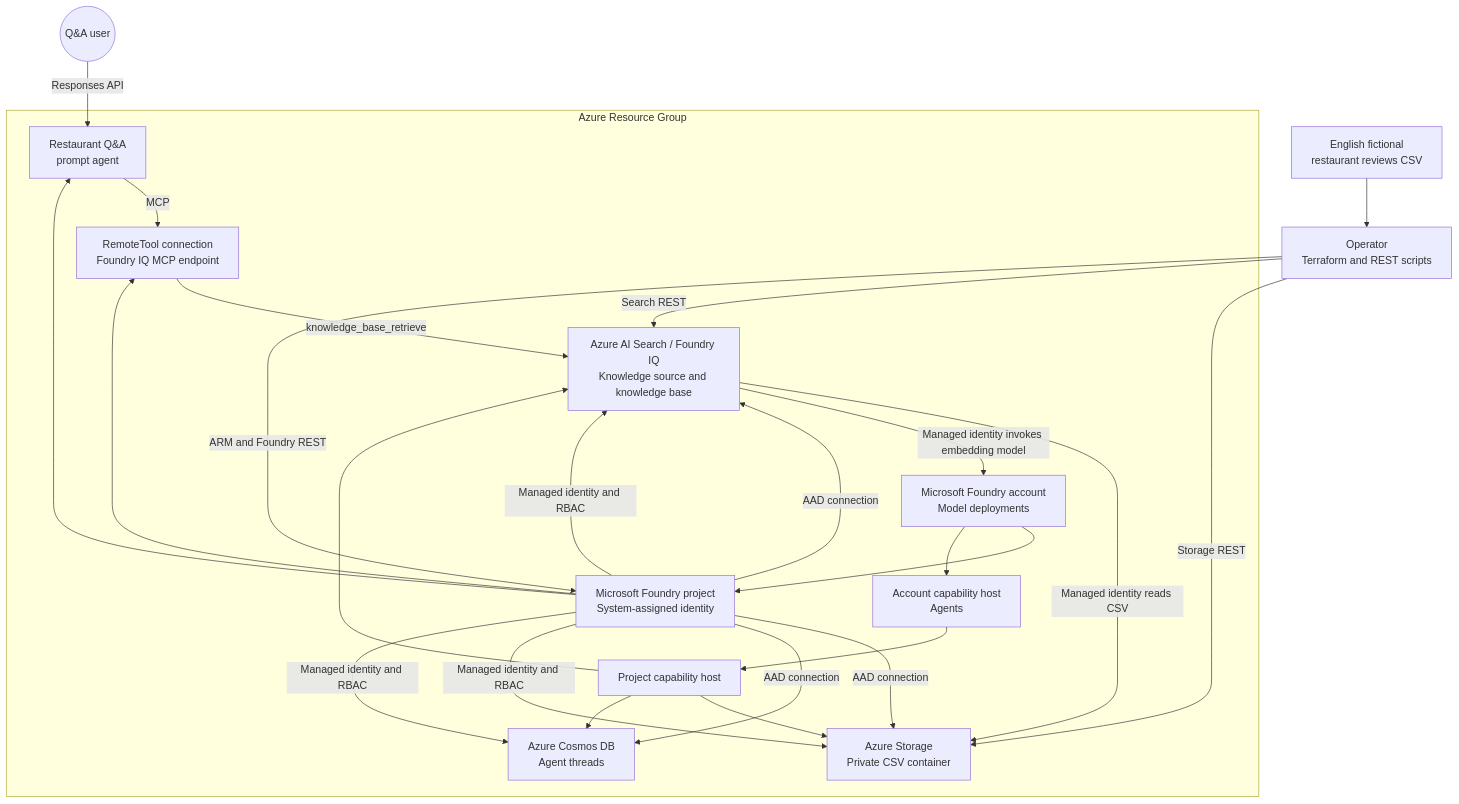
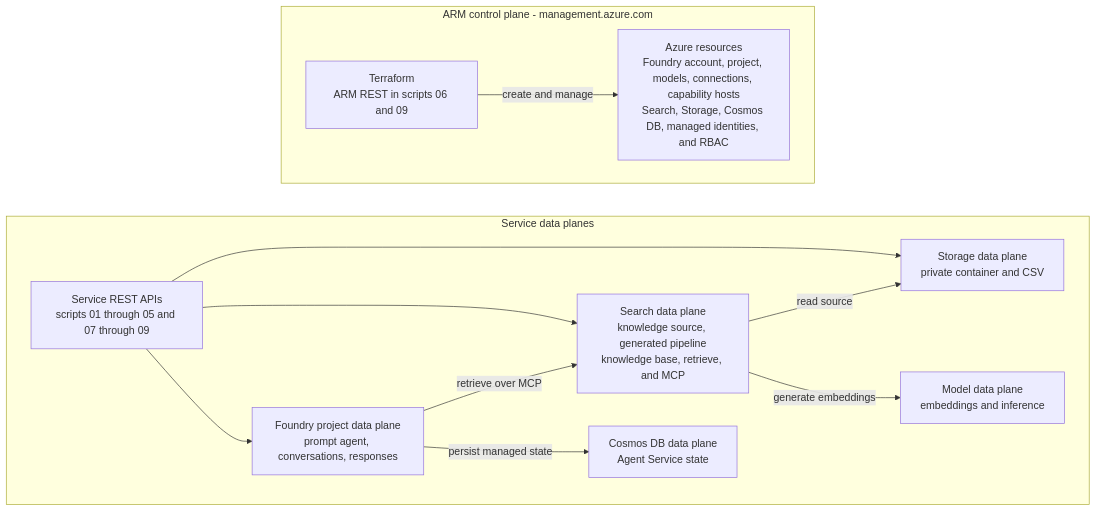
The first of 3 diagrams in infra/scenarios/azure_microsoft_foundry/README.md (ks6088ts/template-terraform), drawn with Mermaid before and after one commit. The commit also changed other lines of this file and 2 other files, not shown here.

Commit message:
Enhance README for Azure Microsoft Foundry scenario: clarify standard agent setup, deployment flow, and service constraints; improve architecture diagrams and deployment instructions; add troubleshooting and references sections.

````diff
--- a/infra/scenarios/azure_microsoft_foundry/README.md
+++ b/infra/scenarios/azure_microsoft_foundry/README.md
@@ -16,41 +85,29 @@
 ```mermaid
 flowchart TB
-    User((Q&A user))
-    Operator["Operator<br/>Terraform and REST scripts"]
-    CSV["English fictional<br/>restaurant reviews CSV"]
-
-    subgraph Azure["Azure Resource Group"]
-        Account["Microsoft Foundry account<br/>Model deployments"]
-        Project["Microsoft Foundry project<br/>System-assigned identity"]
-        Agent["Restaurant Q&A<br/>prompt agent"]
-        RemoteTool["RemoteTool connection<br/>Foundry IQ MCP endpoint"]
-        AccountHost["Account capability host<br/>Agents"]
-        ProjectHost["Project capability host"]
-        Search["Azure AI Search / Foundry IQ<br/>Knowledge source and knowledge base"]
-        Storage["Azure Storage<br/>Private CSV container"]
-        Cosmos["Azure Cosmos DB<br/>Agent threads"]
+    subgraph ControlPlane["ARM control plane - management.azure.com"]
+        direction LR
+        ControlClients["Terraform<br/>ARM REST in scripts 06 and 09"]
+        ArmObjects["Azure resources<br/>Foundry account, project, models, connections, capability hosts<br/>Search, Storage, Cosmos DB, managed identities, and RBAC"]
+        ControlClients -->|"create and manage"| ArmObjects
     end
 
-    CSV --> Operator
-    Operator -->|Storage REST| Storage
-    Operator -->|Search REST| Search
-    Operator -->|ARM and Foundry REST| Project
-    Account --> Project
-    Account --> AccountHost --> ProjectHost
-    Project --> Agent
-    Project --> RemoteTool
-    User -->|Responses API| Agent
-    Agent -->|MCP| RemoteTool
-    RemoteTool -->|knowledge_base_retrieve| Search
-    Search -->|Managed identity reads CSV| Storage
-    Search -->|Managed identity invokes embedding model| Account
-    Project -->|AAD connection| Search
-    Project -->|AAD connection| Storage
-    Project -->|AAD connection| Cosmos
-    Project -->|Managed identity and RBAC| Search
-    Project -->|Managed identity and RBAC| Storage
-    Project -->|Managed identity and RBAC| Cosmos
-    ProjectHost --> Search
-    ProjectHost --> Storage
-    ProjectHost --> Cosmos
+        subgraph DataPlanes["Service data planes"]
+                direction LR
+        DataClients["Service REST APIs<br/>scripts 01 through 05 and 07 through 09"]
+                StorageData["Storage data plane<br/>private container and CSV"]
+                SearchData["Search data plane<br/>knowledge source, generated pipeline<br/>knowledge base, retrieve, and MCP"]
+                FoundryData["Foundry project data plane<br/>prompt agent, conversations, responses"]
+                ModelData["Model data plane<br/>embeddings and inference"]
+                CosmosData["Cosmos DB data plane<br/>Agent Service state"]
+        DataClients --> StorageData
+        DataClients --> SearchData
+        DataClients --> FoundryData
+        FoundryData -->|"retrieve over MCP"| SearchData
+        FoundryData -->|"persist managed state"| CosmosData
+        SearchData -->|"read source"| StorageData
+        SearchData -->|"generate embeddings"| ModelData
+        end
+
+    %% Keep management above runtime without implying an API call.
+    ArmObjects ~~~ DataClients
 ```
````
